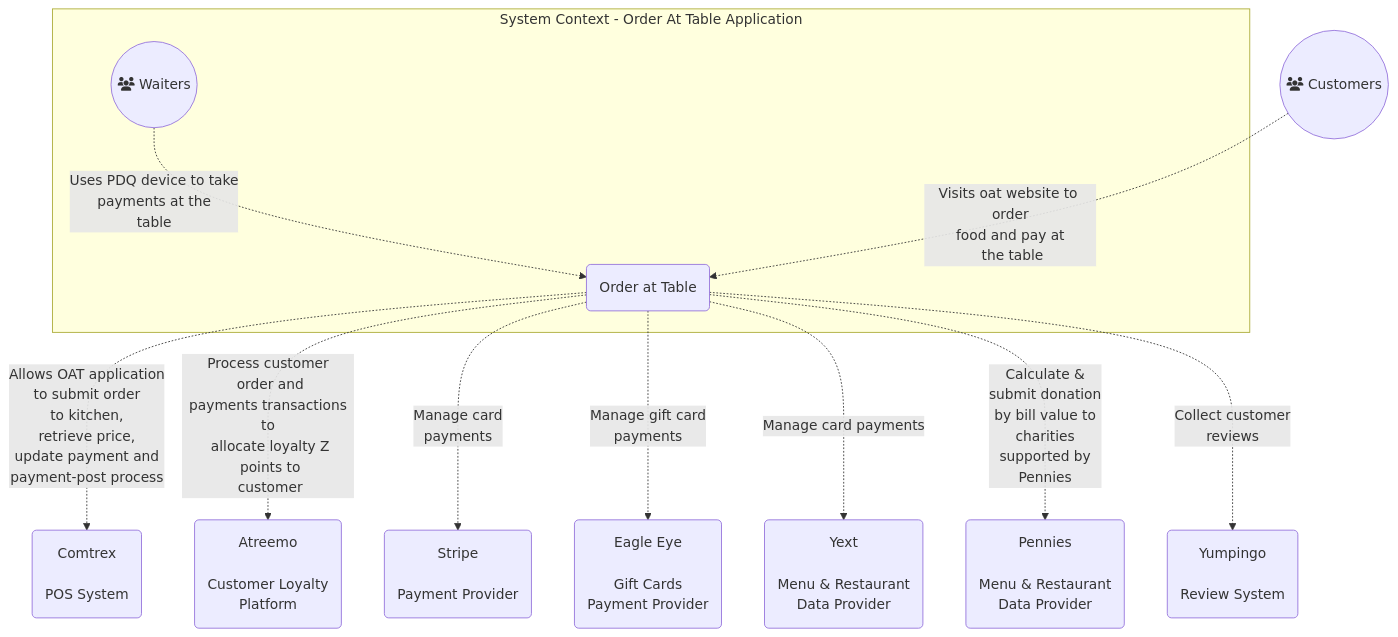
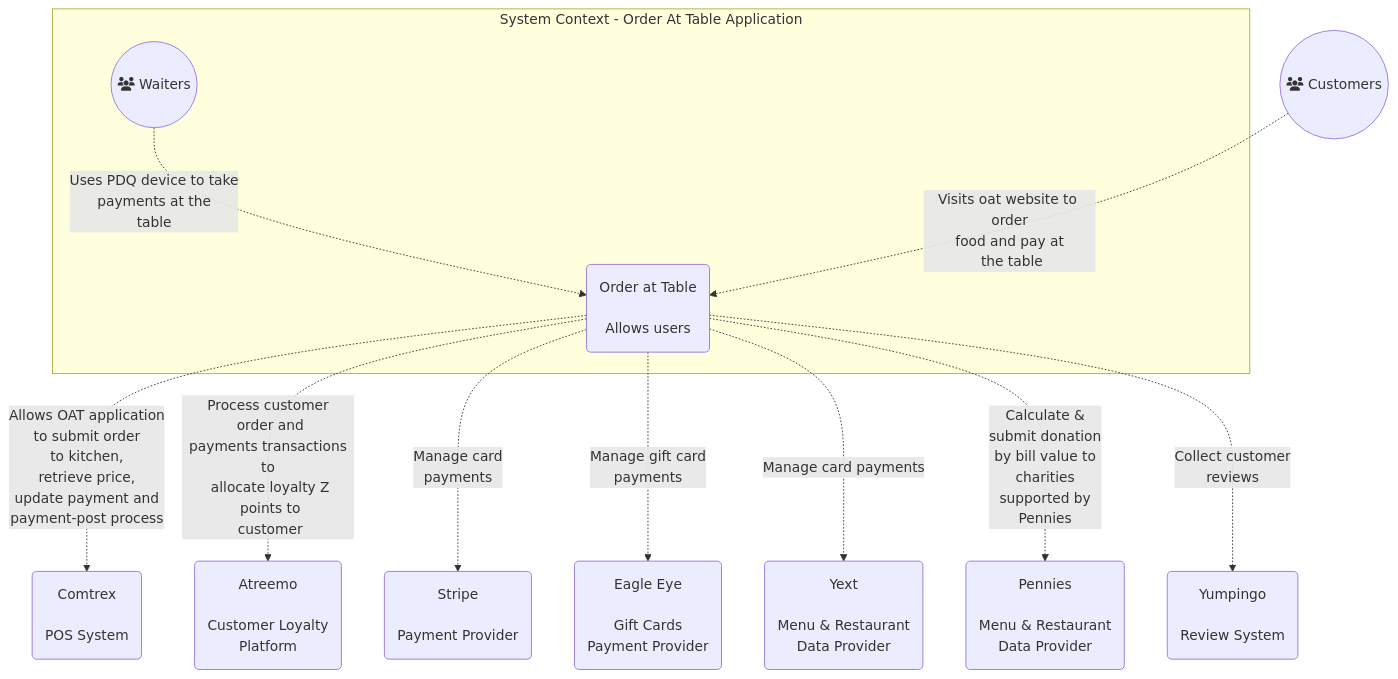
One commit to anandakumarpalanisamy/css-recipes changed the first of 5 diagrams in README.md. Above: the diagram before and after it, drawn with Mermaid.

````diff
--- a/README.md
+++ b/README.md
@@ -3,16 +3,16 @@
 ```mermaid
 %%{init: {'theme':'base','themeVariables': { 'lineColor': '#ffffff', }}}%%
 graph TB
     subgraph SystemContext [System Context - Order At Table Application]
     Waiter((fa:fa-users Waiters)) -. "Uses PDQ device to take<br/>payments at the<br/>table" .-> OAT(Order at Table<br/><br/>Allows users)
     end
 
-    Customer((fa:fa-users Customers)) -. "Visits oat website to order<br/>food and pay at<br/> the table" .-> OAT(Order at Table)
-    OAT -. "Allows OAT application<br/> to submit order<br/> to kitchen,<br/> retrieve price,<br/> update payment and<br/> payment-post process" .-> Comtrex(Comtrex<br/></br/>POS System )
+    Customer((fa:fa-users Customers)) -. "Visits oat website to order<br/>food and pay at<br/> the table" .-> OAT
+    OAT -. "Allows OAT application<br/> to submit order<br/> to kitchen,<br/> retrieve price,<br/> update payment and<br/> payment-post process" .-> Comtrex(Comtrex<br/></br/>POS System)
     OAT-. "Process customer<br/> order and<br/> payments transactions to<br/> allocate loyalty Z<br/> points to<br/> customer" .-> Atreemo(Atreemo <br/><br/> Customer Loyalty <br/> Platform)
     OAT -. "Manage card<br/> payments" .-> Stripe(Stripe <br/><br/> Payment Provider)
     OAT -. "Manage gift card<br/> payments" .-> EagleEye(Eagle Eye <br/><br/> Gift Cards<br/> Payment Provider)
     OAT -. "Manage card payments" .-> Yext(Yext <br/><br/> Menu & Restaurant<br> Data Provider)
     OAT -. "Calculate &<br/> submit donation<br/> by bill value to<br/> charities<br/> supported by<br/> Pennies" .-> Pennies(Pennies <br/><br/> Menu & Restaurant<br> Data Provider)
     OAT -. "Collect customer<br/> reviews" .-> Yumpingo(Yumpingo <br/><br/> Review System)
 ```
````
